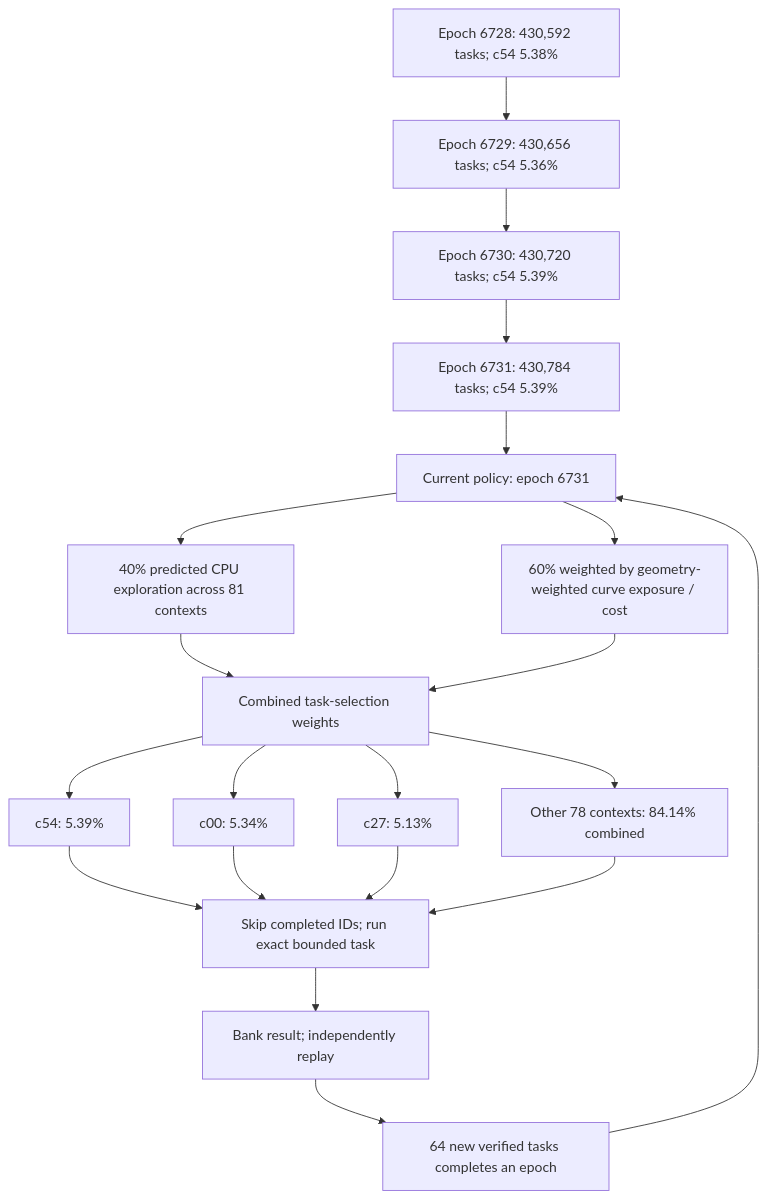
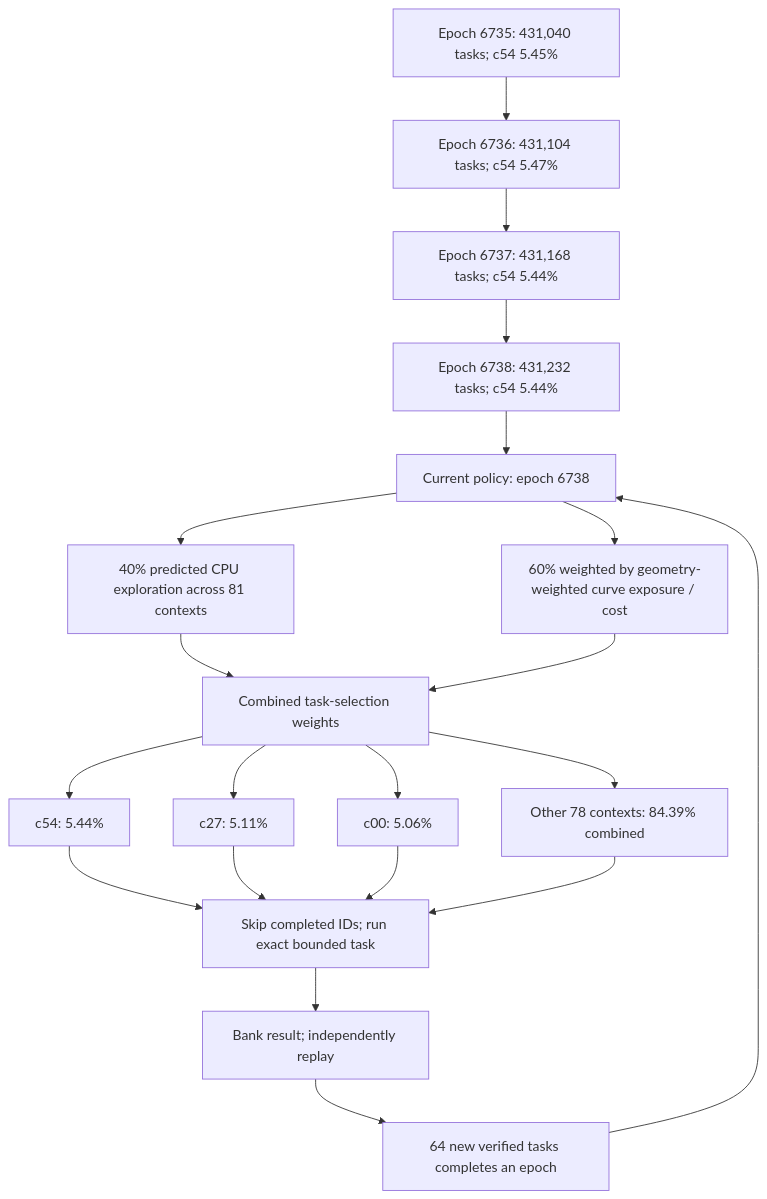
One commit to Kuberwastaken/math-gambling changed the first of 4 diagrams in README.md. Above: the diagram before and after it, drawn with Mermaid. The commit also changed other lines of this file and 1407 other files, not shown here.

````diff
--- a/README.md
+++ b/README.md
@@ -60,27 +60,27 @@
 ```mermaid
 flowchart TD
-    H0["Epoch 6728: 430,592 tasks; c54 5.38%"]
-    H1["Epoch 6729: 430,656 tasks; c54 5.36%"]
+    H0["Epoch 6735: 431,040 tasks; c54 5.45%"]
+    H1["Epoch 6736: 431,104 tasks; c54 5.47%"]
     H0 --> H1
-    H2["Epoch 6730: 430,720 tasks; c54 5.39%"]
+    H2["Epoch 6737: 431,168 tasks; c54 5.44%"]
     H1 --> H2
-    H3["Epoch 6731: 430,784 tasks; c54 5.39%"]
+    H3["Epoch 6738: 431,232 tasks; c54 5.44%"]
     H2 --> H3
-    Policy["Current policy: epoch 6731"]
+    Policy["Current policy: epoch 6738"]
     H3 --> Policy
     Policy --> Explore["40% predicted CPU exploration across 81 contexts"]
     Policy --> Cost["60% weighted by geometry-weighted curve exposure / cost"]
     Explore --> Mix["Combined task-selection weights"]
     Cost --> Mix
-    Mix --> C0["c54: 5.39%"]
-    Mix --> C1["c00: 5.34%"]
-    Mix --> C2["c27: 5.13%"]
-    Mix --> Rest["Other 78 contexts: 84.14% combined"]
+    Mix --> C0["c54: 5.44%"]
+    Mix --> C1["c27: 5.11%"]
+    Mix --> C2["c00: 5.06%"]
+    Mix --> Rest["Other 78 contexts: 84.39% combined"]
     C0 --> Check["Skip completed IDs; run exact bounded task"]
     C1 --> Check
     C2 --> Check
     Rest --> Check
     Check --> Replay["Bank result; independently replay"]
     Replay --> Gate["64 new verified tasks completes an epoch"]
     Gate --> Policy
 ```
````
